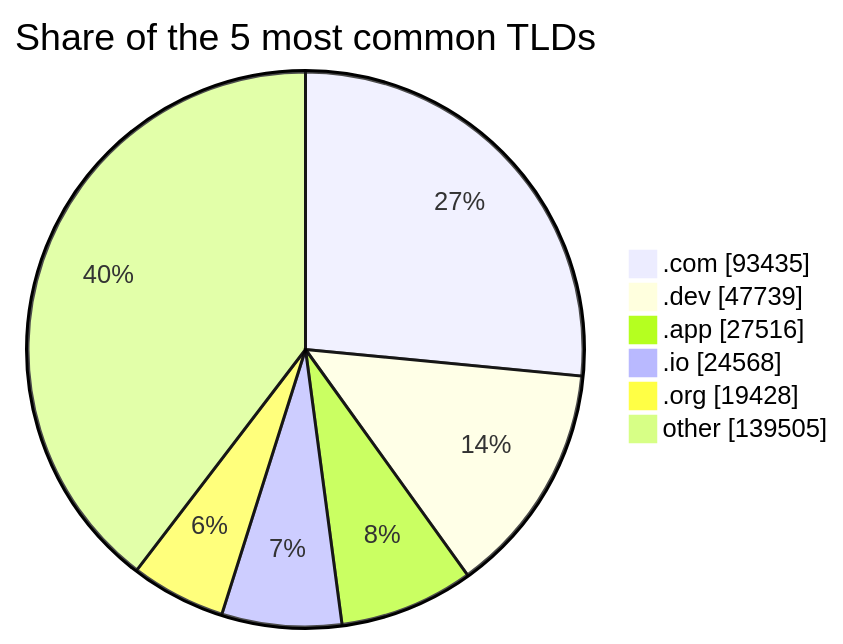
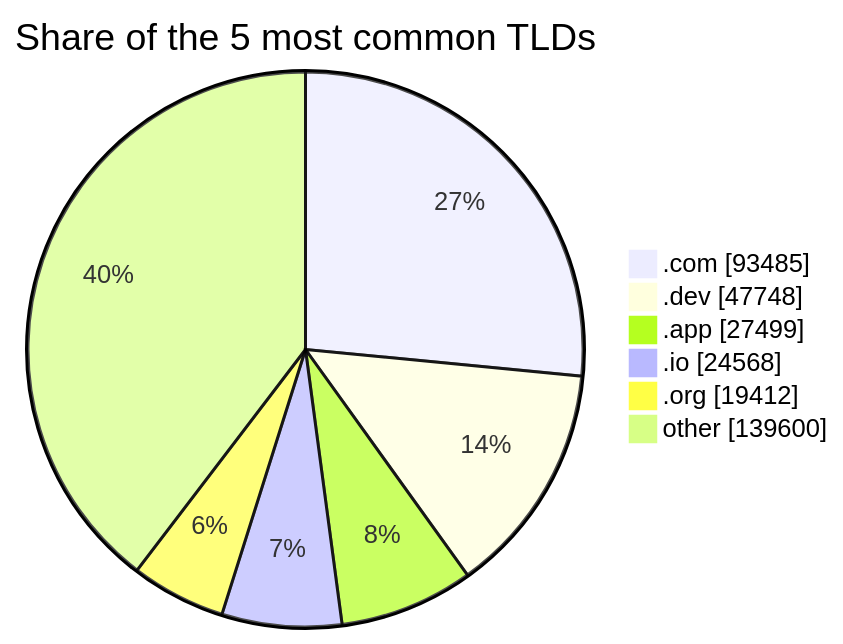
The third of 3 diagrams in README.md (DNSBunker/CTI), drawn with Mermaid before and after one commit. The commit also changed other lines of this file and 3 other files, not shown here.

````diff
--- a/README.md
+++ b/README.md
@@ -81,9 +81,9 @@
 ```mermaid
 pie showData title Share of the 5 most common TLDs
-    ".com" : 93435
-    ".dev" : 47739
-    ".app" : 27516
+    ".com" : 93485
+    ".dev" : 47748
+    ".app" : 27499
     ".io" : 24568
-    ".org" : 19428
-    "other" : 139505
+    ".org" : 19412
+    "other" : 139600
 ```
````
